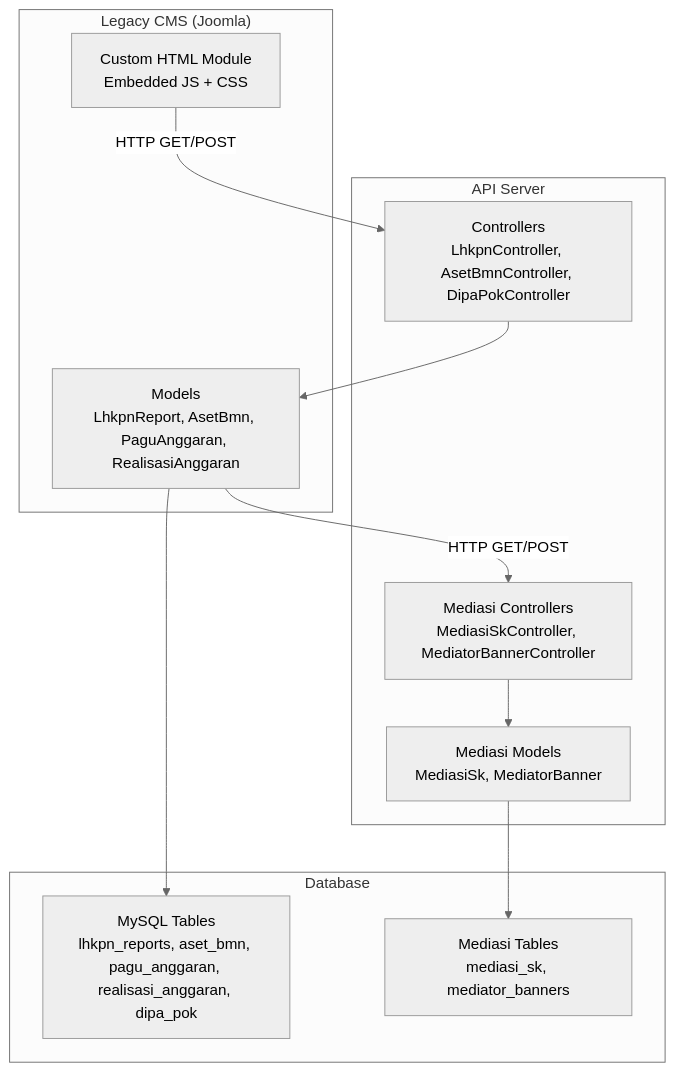
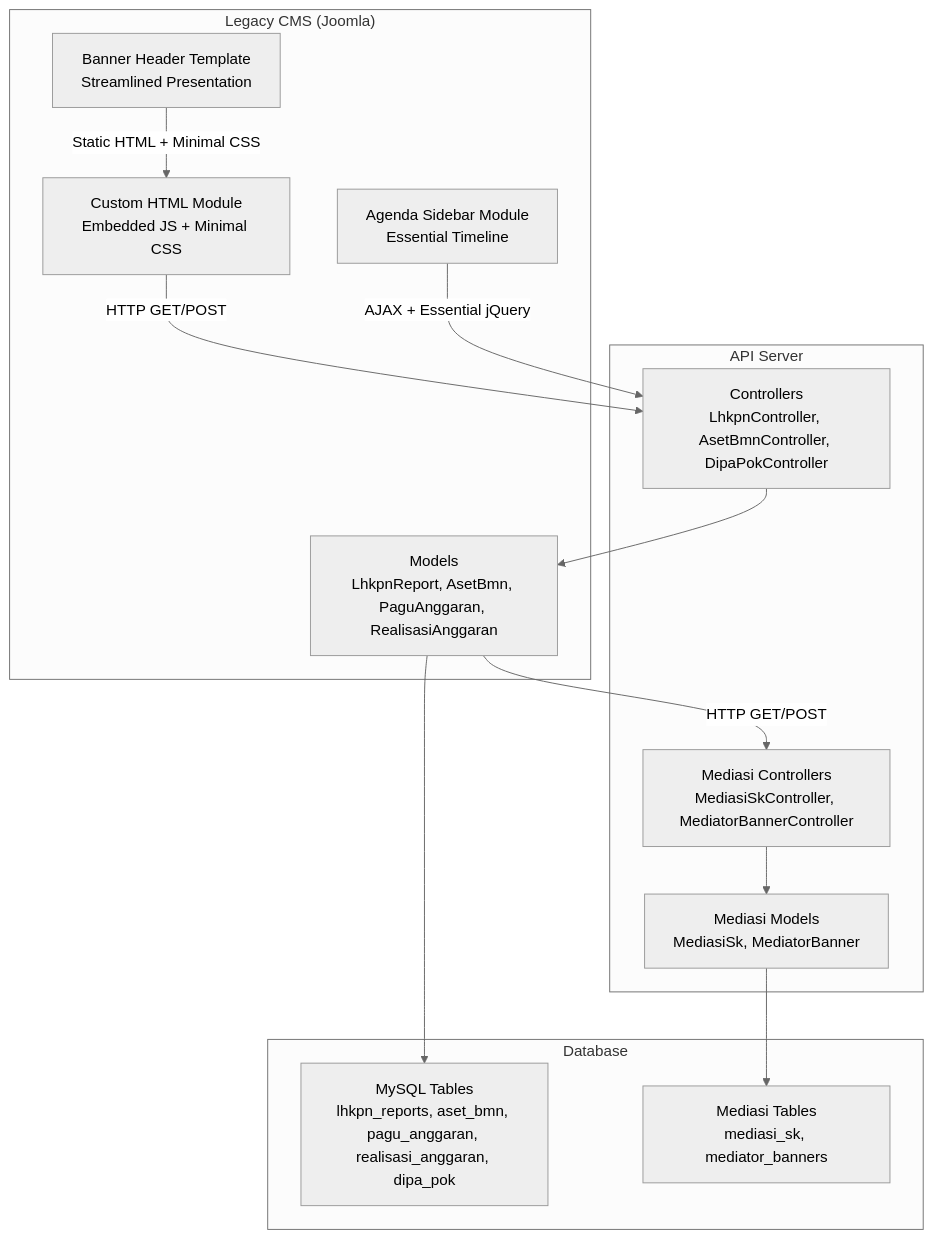
The first of 9 diagrams in .qoder/repowiki/en/content/Integration Documentation/Integration Documentation.md (backuppapnj/api-web), drawn with Mermaid (neutral theme) before and after one commit. The commit also changed other lines of this file and 13 other files, not shown here.

````diff
--- a/.qoder/repowiki/en/content/Integration Documentation/Integration Documentation.md
+++ b/.qoder/repowiki/en/content/Integration Documentation/Integration Documentation.md
@@ -66,23 +86,27 @@
 ```mermaid
 graph TB
 subgraph "Legacy CMS (Joomla)"
-J1["Custom HTML Module<br/>Embedded JS + CSS"]
-M1["Mediasi Integration Module<br/>Tabbed Interface + URL Processing"]
+J1["Custom HTML Module<br/>Embedded JS + Minimal CSS"]
+M1["Mediasi Integration Module<br/>IFrame Document Embedding"]
+B1["Banner Header Template<br/>Streamlined Presentation"]
+A1["Agenda Sidebar Module<br/>Essential Timeline"]
 end
 subgraph "API Server"
 C1["Controllers<br/>LhkpnController, AsetBmnController, DipaPokController"]
 C2["Mediasi Controllers<br/>MediasiSkController, MediatorBannerController"]
 M1["Models<br/>LhkpnReport, AsetBmn, PaguAnggaran, RealisasiAnggaran"]
 M2["Mediasi Models<br/>MediasiSk, MediatorBanner"]
 end
 subgraph "Database"
 DB["MySQL Tables<br/>lhkpn_reports, aset_bmn, pagu_anggaran, realisasi_anggaran, dipa_pok"]
 DB2["Mediasi Tables<br/>mediasi_sk, mediator_banners"]
 end
 J1 --> |"HTTP GET/POST"| C1
 M1 --> |"HTTP GET/POST"| C2
+B1 --> |"Static HTML + Minimal CSS"| J1
+A1 --> |"AJAX + Essential jQuery"| C1
 C1 --> M1
 C2 --> M2
 M1 --> DB
 M2 --> DB2
 ```
````
